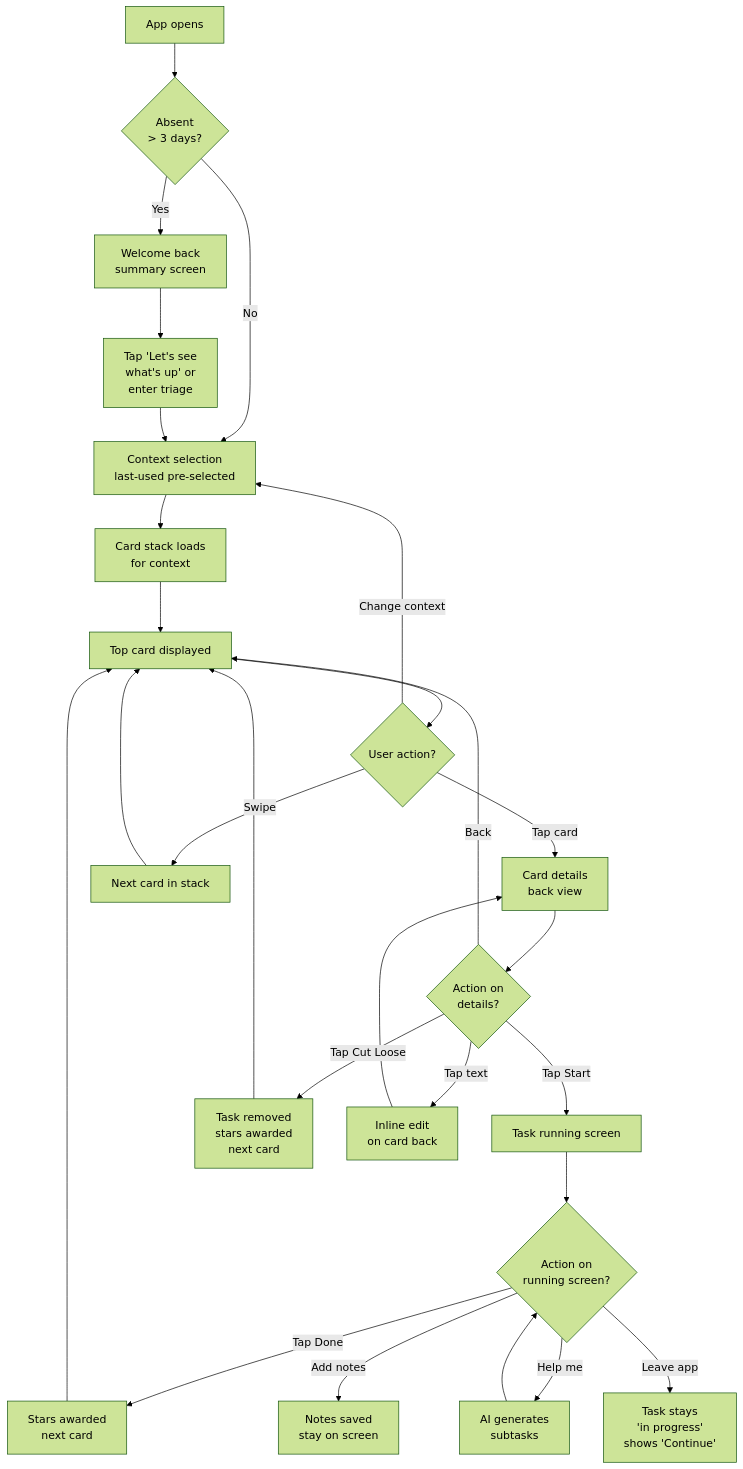
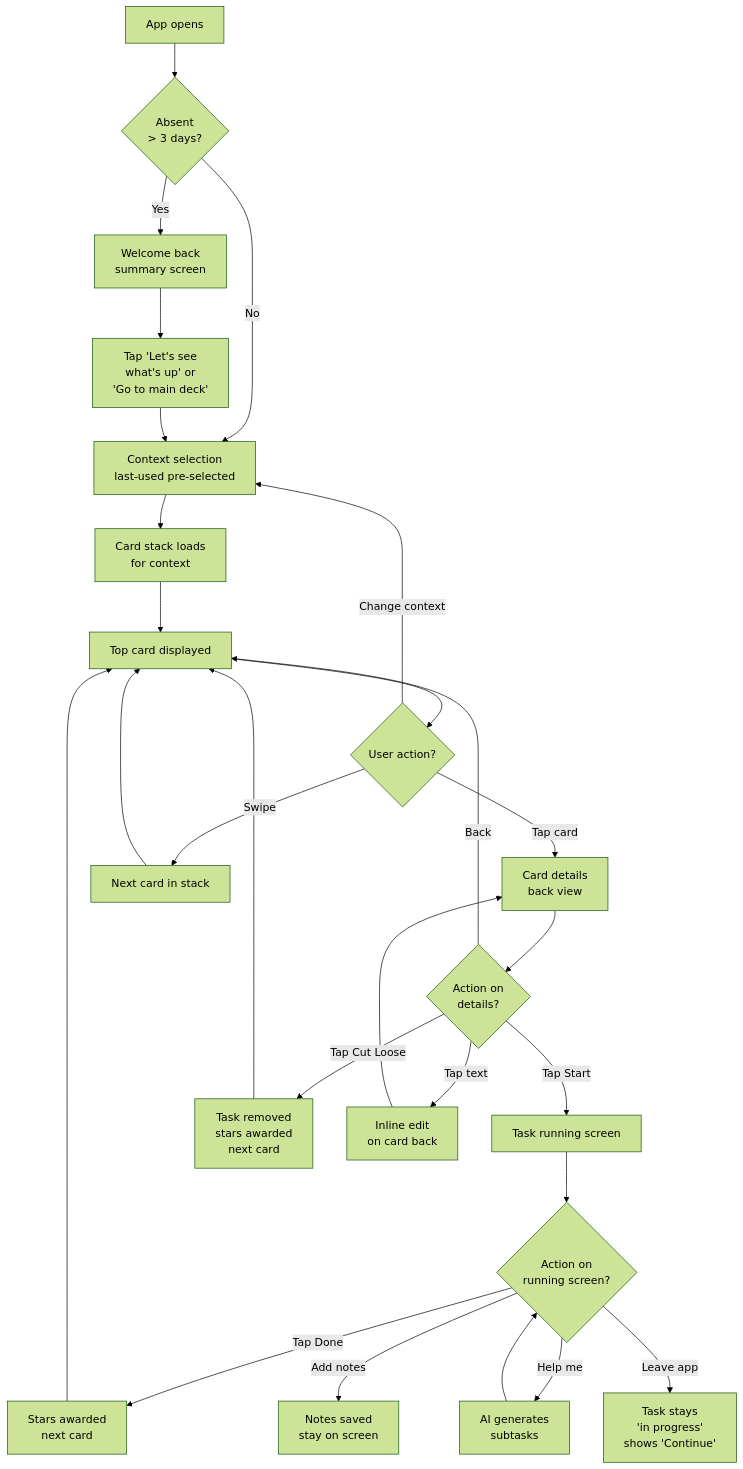
Before and after one commit to finnmerlett/one-down--expo-bmad: the second of 6 diagrams in _bmad-output/planning-artifacts/ux-design-specification.md, drawn with Mermaid (forest theme). The commit also changed other lines of this file and 5 other files, not shown here.

````diff
--- a/_bmad-output/planning-artifacts/ux-design-specification.md
+++ b/_bmad-output/planning-artifacts/ux-design-specification.md
@@ -379,29 +380,29 @@
 ```mermaid
 flowchart TD
     A[App opens] --> B{"Absent<br/>> 3 days?"}
     B -->|Yes| C["Welcome back<br/>summary screen"]
     B -->|No| D["Context selection<br/>last-used pre-selected"]
-    C --> E["Tap 'Let's see<br/>what's up' or<br/>enter triage"]
+    C --> E["Tap 'Let's see<br/>what's up' or<br/>'Go to main deck'"]
     E --> D
     D --> F["Card stack loads<br/>for context"]
     F --> G[Top card displayed]
     G --> H{User action?}
     H -->|Tap card| I["Card details<br/>back view"]
     H -->|Swipe| J[Next card in stack]
     H -->|Change context| D
     I --> K{"Action on<br/>details?"}
     K -->|Tap Start| L[Task running screen]
     K -->|Tap Cut Loose| M["Task removed<br/>stars awarded<br/>next card"]
     K -->|Tap text| N["Inline edit<br/>on card back"]
     K -->|Back| G
     J --> G
     L --> O{"Action on<br/>running screen?"}
     O -->|Tap Done| P["Stars awarded<br/>next card"]
     O -->|Add notes| Q["Notes saved<br/>stay on screen"]
     O -->|Help me| R["AI generates<br/>subtasks"]
     O -->|Leave app| S["Task stays<br/>'in progress'<br/>shows 'Continue'"]
     R --> O
     N --> I
     P --> G
     M --> G
 ```
````
